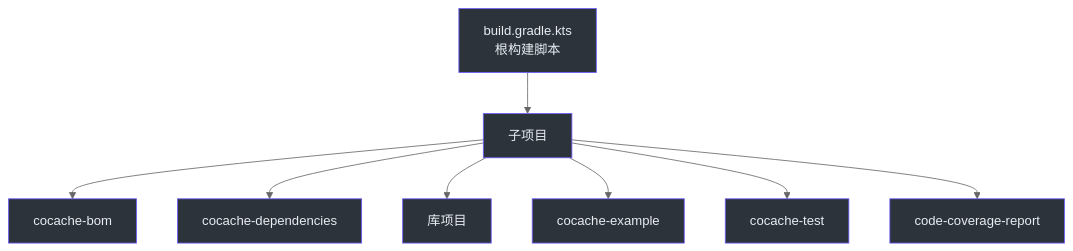
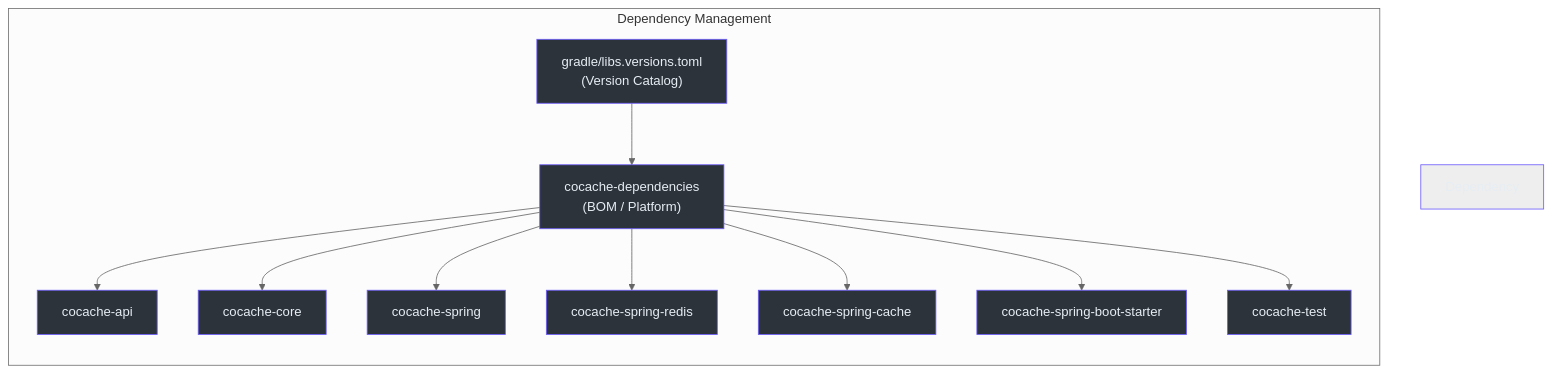
The second of 5 diagrams in wiki/zh/building/index.md (Ahoo-Wang/CoCache), drawn with Mermaid (neutral theme) before and after one commit. The commit also changed other lines of this file and 25 other files, not shown here.

````diff
--- a/wiki/zh/building/index.md
+++ b/wiki/zh/building/index.md
@@ -140,28 +78,24 @@
 ```mermaid
-graph TB
-    Root["build.gradle.kts<br>根构建脚本"]
-    Sub["子项目"]
-    BOM["cocache-bom"]
-    Deps["cocache-dependencies"]
-    Lib["库项目"]
-    Server["cocache-example"]
-    Test["cocache-test"]
-    CCR["code-coverage-report"]
-
-    Root --> Sub
-    Sub --> BOM
-    Sub --> Deps
-    Sub --> Lib
-    Sub --> Server
-    Sub --> Test
-    Sub --> CCR
-
-    style Root fill:#2d333b,stroke:#6d5dfc,color:#e6edf3
-    style Sub fill:#2d333b,stroke:#6d5dfc,color:#e6edf3
+graph TD
+    subgraph Dependency Strategy["Dependency Management"]
+        direction TB
+        BOM["cocache-dependencies<br>(BOM / Platform)"] --> API["cocache-api"]
+        BOM --> CORE["cocache-core"]
+        BOM --> SPRING["cocache-spring"]
+        BOM --> SPRING_REDIS["cocache-spring-redis"]
+        BOM --> SPRING_CACHE["cocache-spring-cache"]
+        BOM --> SPRING_BOOT["cocache-spring-boot-starter"]
+        BOM --> TEST["cocache-test"]
+        CATALOG["gradle/libs.versions.toml<br>(Version Catalog)"] --> BOM
+    end
+    style Dependency Strategy fill:#161b22,stroke:#6d5dfc,color:#e6edf3
     style BOM fill:#2d333b,stroke:#6d5dfc,color:#e6edf3
-    style Deps fill:#2d333b,stroke:#6d5dfc,color:#e6edf3
-    style Lib fill:#2d333b,stroke:#6d5dfc,color:#e6edf3
-    style Server fill:#2d333b,stroke:#6d5dfc,color:#e6edf3
-    style Test fill:#2d333b,stroke:#6d5dfc,color:#e6edf3
-    style CCR fill:#2d333b,stroke:#6d5dfc,color:#e6edf3
+    style CATALOG fill:#2d333b,stroke:#6d5dfc,color:#e6edf3
+    style API fill:#2d333b,stroke:#6d5dfc,color:#e6edf3
+    style CORE fill:#2d333b,stroke:#6d5dfc,color:#e6edf3
+    style SPRING fill:#2d333b,stroke:#6d5dfc,color:#e6edf3
+    style SPRING_REDIS fill:#2d333b,stroke:#6d5dfc,color:#e6edf3
+    style SPRING_CACHE fill:#2d333b,stroke:#6d5dfc,color:#e6edf3
+    style SPRING_BOOT fill:#2d333b,stroke:#6d5dfc,color:#e6edf3
+    style TEST fill:#2d333b,stroke:#6d5dfc,color:#e6edf3
 ```
````
